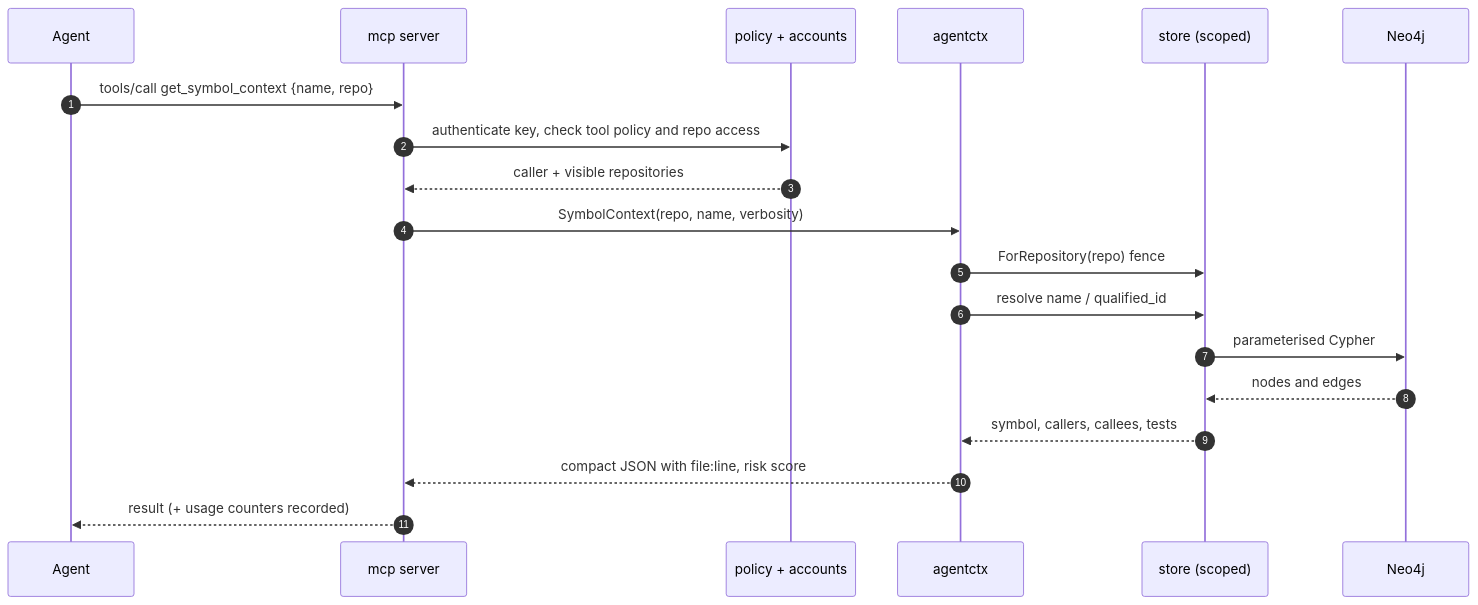
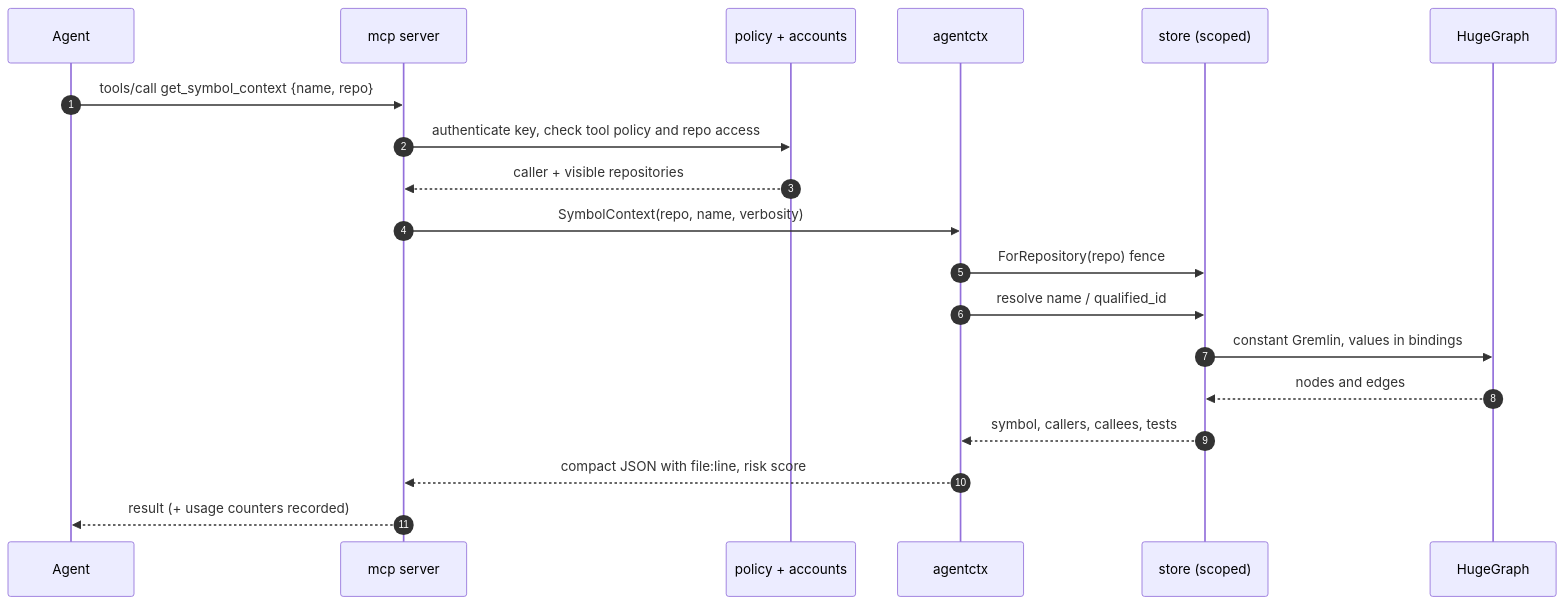
Before and after one commit to astrona-io/codesynapse: the second of 4 diagrams in docs/architecture/overview.md, drawn with Mermaid. The commit also changed other lines of this file and 53 other files, not shown here.

First line of the commit message:
refactor: remove Neo4j; HugeGraph with Milvus is the only graph database

````diff
--- a/docs/architecture/overview.md
+++ b/docs/architecture/overview.md
@@ -69,22 +70,22 @@
 ```mermaid
 sequenceDiagram
     autonumber
     participant Agent
     participant MCP as mcp server
     participant Auth as policy + accounts
     participant Ctx as agentctx
     participant Store as store (scoped)
-    participant DB as Neo4j
+    participant DB as HugeGraph
 
     Agent->>MCP: tools/call get_symbol_context {name, repo}
     MCP->>Auth: authenticate key, check tool policy and repo access
     Auth-->>MCP: caller + visible repositories
     MCP->>Ctx: SymbolContext(repo, name, verbosity)
     Ctx->>Store: ForRepository(repo) fence
     Ctx->>Store: resolve name / qualified_id
-    Store->>DB: parameterised Cypher
+    Store->>DB: constant Gremlin, values in bindings
     DB-->>Store: nodes and edges
     Store-->>Ctx: symbol, callers, callees, tests
     Ctx-->>MCP: compact JSON with file:line, risk score
     MCP-->>Agent: result (+ usage counters recorded)
 ```
````
